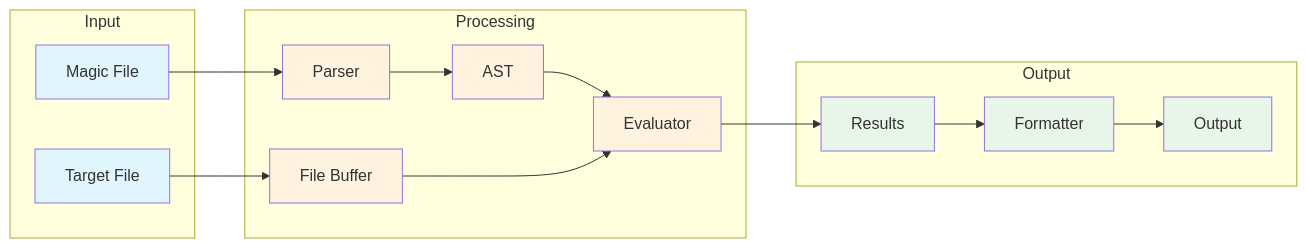
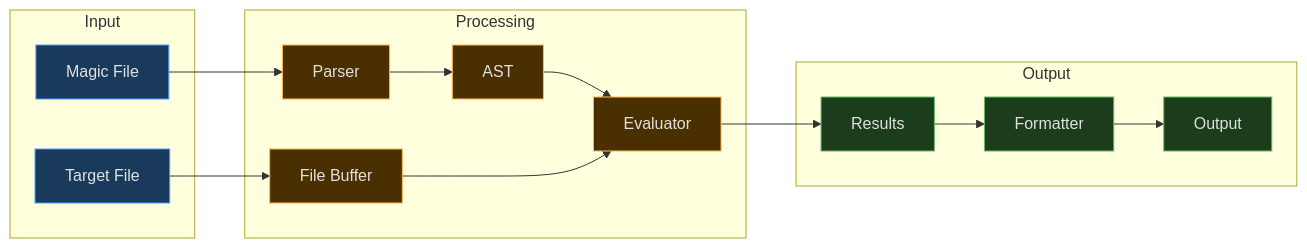
The first of 5 diagrams in docs/src/architecture.md (EvilBit-Labs/libmagic-rs), drawn with Mermaid before and after one commit. The commit also changed other lines of this file and 2 other files, not shown here.

Commit message:
style(docs): update diagram styles for architecture and output sections

````diff
--- a/docs/src/architecture.md
+++ b/docs/src/architecture.md
@@ -7,34 +7,34 @@
 ```mermaid
 flowchart LR
     subgraph Input
         MF[Magic File]
         TF[Target File]
     end
 
     subgraph Processing
         P[Parser]
         AST[AST]
         FB[File Buffer]
         E[Evaluator]
     end
 
     subgraph Output
         R[Results]
         F[Formatter]
         O[Output]
     end
 
     MF --> P --> AST --> E
     TF --> FB --> E
     E --> R --> F --> O
 
-    style MF fill:#e1f5fe
-    style TF fill:#e1f5fe
-    style P fill:#fff3e0
-    style AST fill:#fff3e0
-    style FB fill:#fff3e0
-    style E fill:#fff3e0
-    style R fill:#e8f5e9
-    style F fill:#e8f5e9
-    style O fill:#e8f5e9
+    style MF fill:#1a3a5c,stroke:#4a9eff,color:#e0e0e0
+    style TF fill:#1a3a5c,stroke:#4a9eff,color:#e0e0e0
+    style P fill:#4a3000,stroke:#ffb74d,color:#e0e0e0
+    style AST fill:#4a3000,stroke:#ffb74d,color:#e0e0e0
+    style FB fill:#4a3000,stroke:#ffb74d,color:#e0e0e0
+    style E fill:#4a3000,stroke:#ffb74d,color:#e0e0e0
+    style R fill:#1b3d1b,stroke:#66bb6a,color:#e0e0e0
+    style F fill:#1b3d1b,stroke:#66bb6a,color:#e0e0e0
+    style O fill:#1b3d1b,stroke:#66bb6a,color:#e0e0e0
 ```
````
